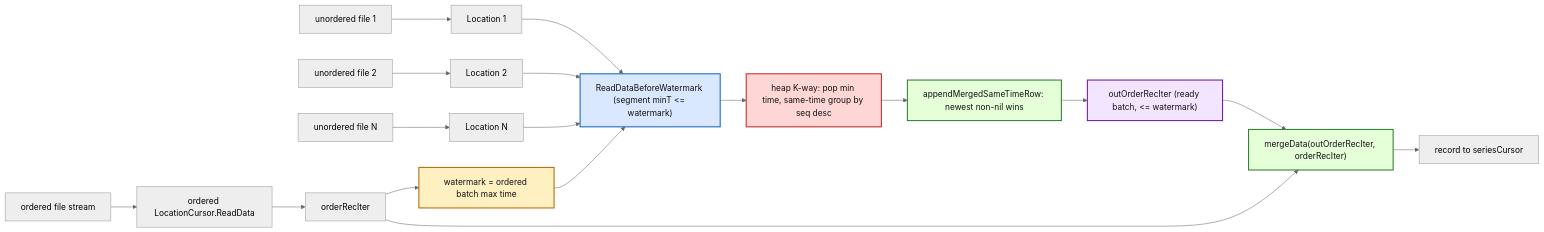
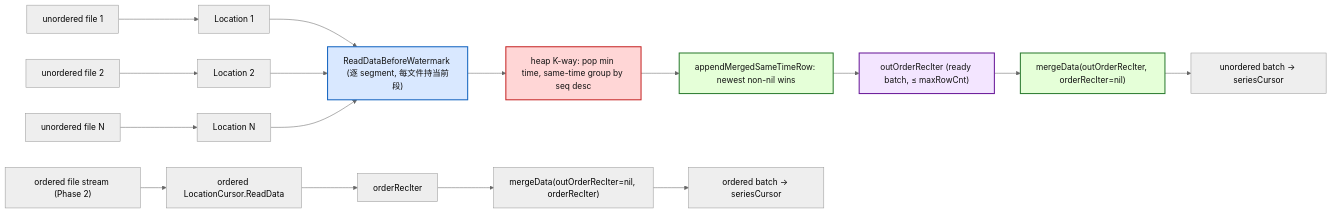
One commit to zhiwangdu/openGemini changed the second of 3 diagrams in tsmMergeCursor_unordered_merge_design.md. Above: the diagram before and after it, drawn with Mermaid (neutral theme). The commit also changed other lines of this file, not shown here.

First line of the commit message:
docs: update design doc for simplified lazy path (no watermark, streaming)

````diff
--- a/tsmMergeCursor_unordered_merge_design.md
+++ b/tsmMergeCursor_unordered_merge_design.md
@@ -172,33 +170,31 @@
 ```mermaid
 flowchart LR
     U1["unordered file 1"] --> L1["Location 1"]
     U2["unordered file 2"] --> L2["Location 2"]
     UN["unordered file N"] --> LN["Location N"]
 
-    L1 --> W["ReadDataBeforeWatermark (segment minT <= watermark)"]
+    L1 --> W["ReadDataBeforeWatermark (逐 segment, 每文件持当前段)"]
     L2 --> W
     LN --> W
     W --> H["heap K-way: pop min time, same-time group by seq desc"]
     H --> SG["appendMergedSameTimeRow: newest non-nil wins"]
-    SG --> RB["outOrderRecIter (ready batch, <= watermark)"]
+    SG --> RB["outOrderRecIter (ready batch, ≤ maxRowCnt)"]
 
-    OF["ordered file stream"] --> OC["ordered LocationCursor.ReadData"]
+    RB --> MD["mergeData(outOrderRecIter, orderRecIter=nil)"]
+    MD --> OUT1["unordered batch → seriesCursor"]
+
+    OF["ordered file stream (Phase 2)"] --> OC["ordered LocationCursor.ReadData"]
     OC --> OR["orderRecIter"]
-    OR --> WM["watermark = ordered batch max time"]
-    WM --> W
-    RB --> MD["mergeData(outOrderRecIter, orderRecIter)"]
-    OR --> MD
-    MD --> OUT["record to seriesCursor"]
+    OR --> MD2["mergeData(outOrderRecIter=nil, orderRecIter)"]
+    MD2 --> OUT2["ordered batch → seriesCursor"]
 
     W:::io
     H:::hot
     SG:::cpu
     RB:::mem
     MD:::cpu
-    WM:::amp
     classDef hot fill:#ffd6d6,stroke:#c62828,stroke-width:2px,color:#111;
     classDef io fill:#d9e8ff,stroke:#1565c0,stroke-width:2px,color:#111;
     classDef cpu fill:#e5ffd8,stroke:#2e7d32,stroke-width:2px,color:#111;
     classDef mem fill:#f3e5ff,stroke:#6a1b9a,stroke-width:2px,color:#111;
-    classDef amp fill:#fff0c2,stroke:#b26a00,stroke-width:2px,color:#111;
 ```
````
